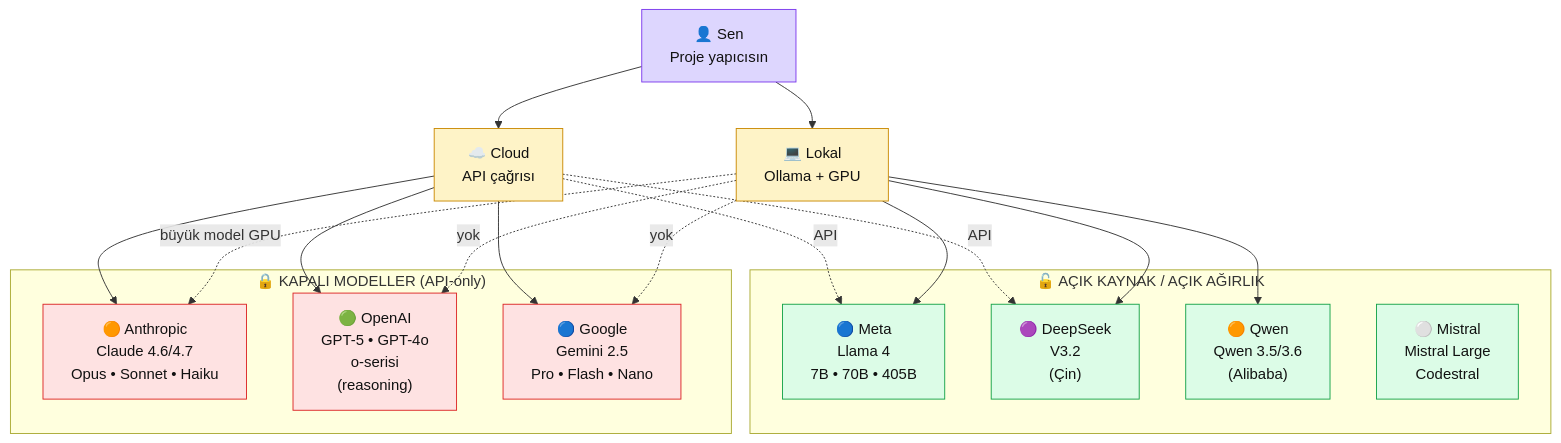
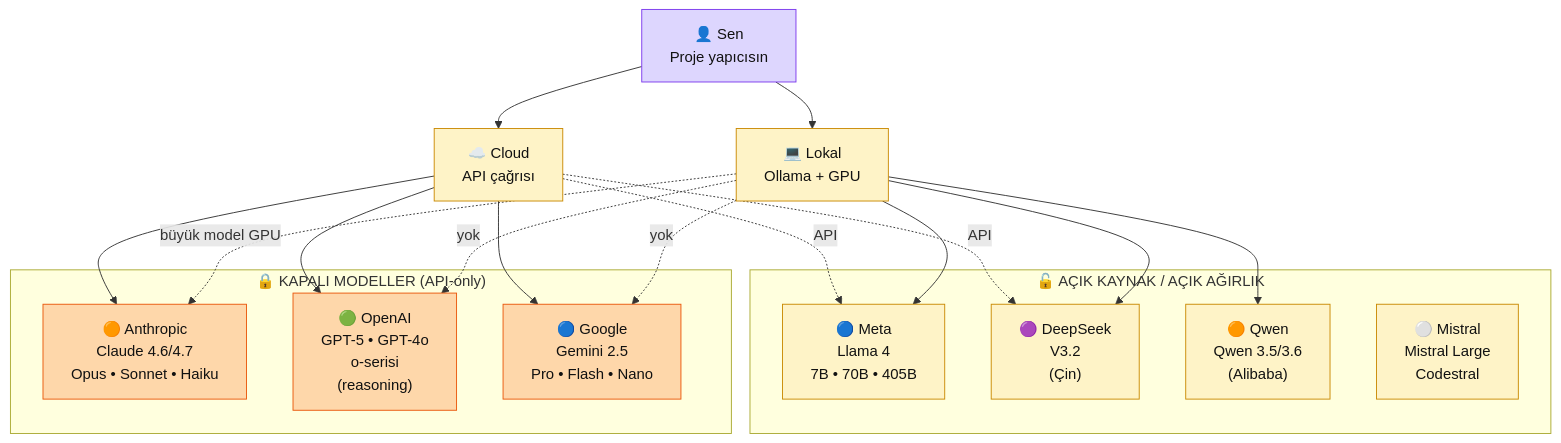
One commit to KemalG-u/muhendisal-platform changed the diagram in docs/bolum-1/03-ekosistem.md. Above: the diagram before and after it, drawn with Mermaid. The commit also changed other lines of this file and 4 other files, not shown here.

````diff
--- a/docs/bolum-1/03-ekosistem.md
+++ b/docs/bolum-1/03-ekosistem.md
@@ -30,44 +31,44 @@
 ```mermaid
 flowchart TB
     subgraph KAPALI["🔒 KAPALI MODELLER (API-only)"]
         A["🟠 Anthropic<br/>Claude 4.6/4.7<br/>Opus • Sonnet • Haiku"]
         O["🟢 OpenAI<br/>GPT-5 • GPT-4o<br/>o-serisi<br/>(reasoning)"]
         G["🔵 Google<br/>Gemini 2.5<br/>Pro • Flash • Nano"]
     end
 
     subgraph ACIK["🔓 AÇIK KAYNAK / AÇIK AĞIRLIK"]
         M["🔵 Meta<br/>Llama 4<br/>7B • 70B • 405B"]
         D["🟣 DeepSeek<br/>V3.2<br/>(Çin)"]
         Q["🟠 Qwen<br/>Qwen 3.5/3.6<br/>(Alibaba)"]
         MS["⚪ Mistral<br/>Mistral Large<br/>Codestral"]
     end
 
     USER["👤 Sen<br/>Proje yapıcısın"]
     CLOUD["☁️ Cloud<br/>API çağrısı"]
     LOCAL["💻 Lokal<br/>Ollama + GPU"]
 
     USER --> CLOUD
     USER --> LOCAL
 
     CLOUD --> A
     CLOUD --> O
     CLOUD --> G
     CLOUD -.API.-> M
     CLOUD -.API.-> D
 
     LOCAL --> M
     LOCAL --> D
     LOCAL --> Q
     LOCAL -.büyük model GPU.-> A
     LOCAL -.yok.-> O
     LOCAL -.yok.-> G
 
-    classDef closed fill:#fee2e2,stroke:#dc2626,color:#111
-    classDef open fill:#dcfce7,stroke:#16a34a,color:#111
+    classDef closed fill:#fed7aa,stroke:#ea580c,color:#111
+    classDef open fill:#fef3c7,stroke:#ca8a04,color:#111
     classDef user fill:#ddd6fe,stroke:#7c3aed,color:#111
     classDef route fill:#fef3c7,stroke:#ca8a04,color:#111
     class A,O,G closed
     class M,D,Q,MS open
     class USER user
     class CLOUD,LOCAL route
 ```
````
